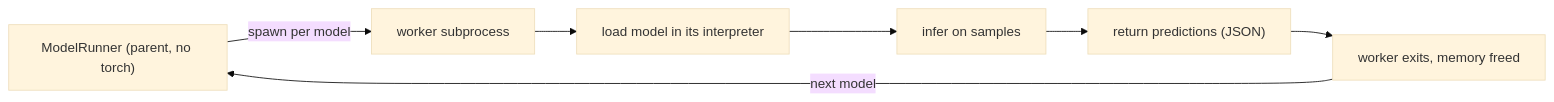
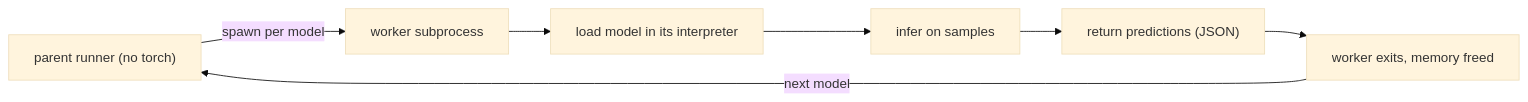
The second of 2 diagrams in content/engineering/pointFailBenchmark.md (codeadeel/codeadeel.github.io), drawn with Mermaid (base theme) before and after one commit. The commit also changed other lines of this file, not shown here.

````diff
--- a/content/engineering/pointFailBenchmark.md
+++ b/content/engineering/pointFailBenchmark.md
@@ -63,9 +73,9 @@
 ```mermaid
 flowchart LR
-    R["ModelRunner (parent, no torch)"] -->|spawn per model| W["worker subprocess"]
+    R["parent runner (no torch)"] -->|spawn per model| W["worker subprocess"]
     W --> L["load model in its interpreter"]
     L --> I["infer on samples"]
     I --> O["return predictions (JSON)"]
     O --> X["worker exits, memory freed"]
     X -->|next model| R
 ```
````
